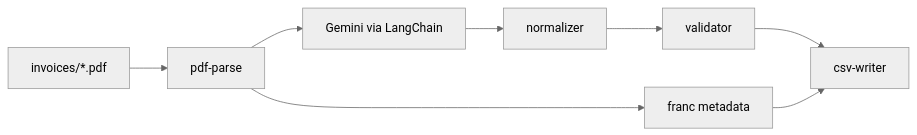
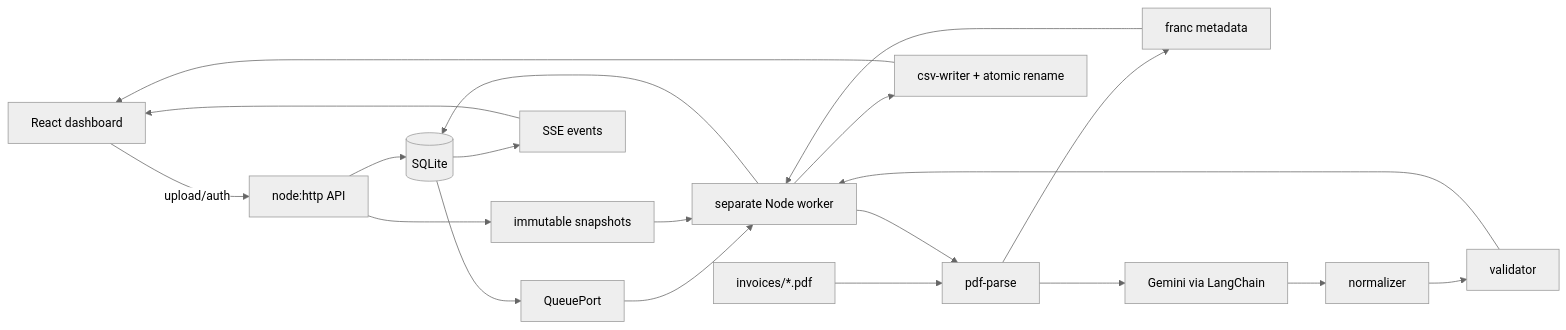
The diagram in README.md (ArjanAswal/llm-document-extraction-system), drawn with Mermaid (neutral theme) before and after one commit. The commit also changed other lines of this file, not shown here.

````diff
--- a/README.md
+++ b/README.md
@@ -23,10 +52,22 @@
 ```mermaid
 flowchart LR
+  UI[React dashboard] -->|upload/auth| API[node:http API]
+  API --> Store[(SQLite)]
+  API --> Files[immutable snapshots]
+  Store --> Queue[QueuePort]
+  Queue --> Worker[separate Node worker]
   PDF[invoices/*.pdf] --> Extract[pdf-parse]
+  Files --> Worker
+  Worker --> Extract
   Extract --> Franc[franc metadata]
   Extract --> LLM[Gemini via LangChain]
   LLM --> Norm[normalizer]
   Norm --> Valid[validator]
-  Valid --> CSV[csv-writer]
-  Franc --> CSV
+  Valid --> Worker
+  Franc --> Worker
+  Worker --> Store
+  Worker --> CSV[csv-writer + atomic rename]
+  Store --> SSE[SSE events]
+  SSE --> UI
+  CSV --> UI
 ```
````
